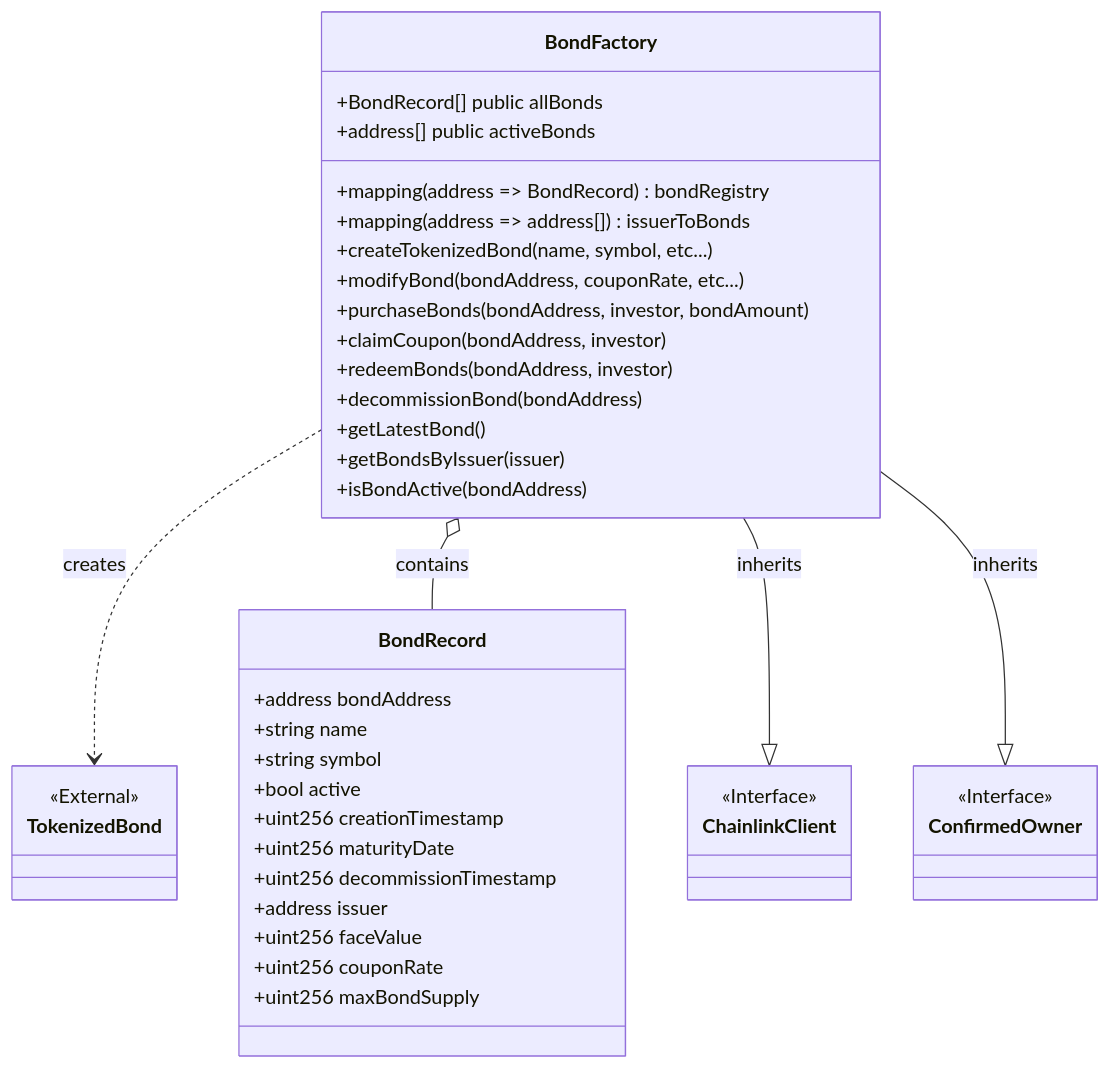
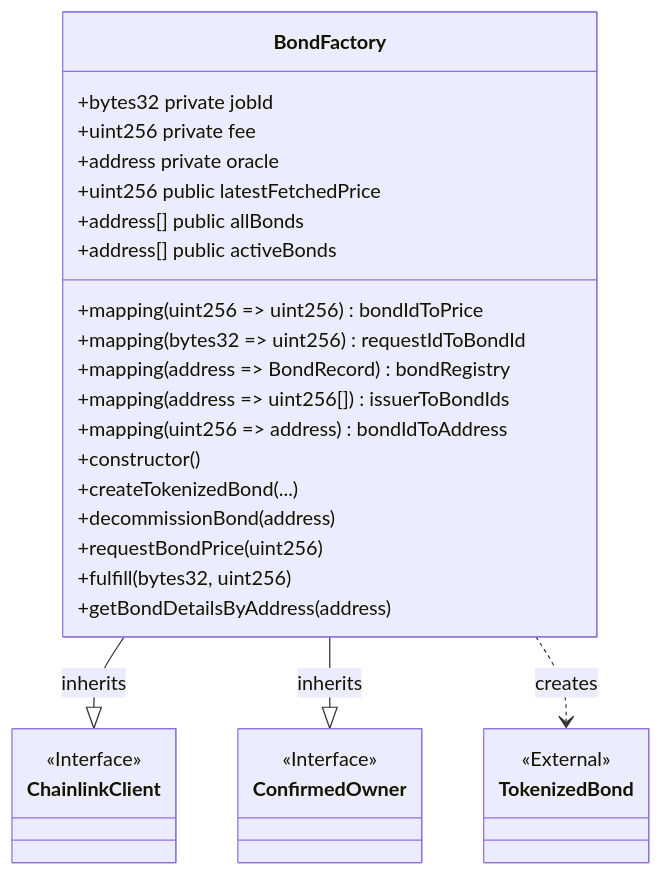
One commit to whanyu1212/fractional-bond-trading changed the third of 6 diagrams in README.md. Above: the diagram before and after it, drawn with Mermaid. The commit also changed other lines of this file, not shown here.

Commit message:
updating readme to reflect the latest contract changes and also added a user story diagram

````diff
--- a/README.md
+++ b/README.md
@@ -363,49 +412,38 @@
 ```mermaid
 classDiagram
     class BondFactory {
-        +BondRecord[] public allBonds
+        +bytes32 private jobId
+        +uint256 private fee
+        +address private oracle
+        +uint256 public latestFetchedPrice
+        +mapping(uint256 => uint256) bondIdToPrice
+        +mapping(bytes32 => uint256) requestIdToBondId
+        +address[] public allBonds
         +address[] public activeBonds
         +mapping(address => BondRecord) bondRegistry
-        +mapping(address => address[]) issuerToBonds
-        +createTokenizedBond(name, symbol, etc...)
-        +modifyBond(bondAddress, couponRate, etc...)
-        +purchaseBonds(bondAddress, investor, bondAmount)
-        +claimCoupon(bondAddress, investor)
-        +redeemBonds(bondAddress, investor)
-        +decommissionBond(bondAddress)
-        +getLatestBond()
-        +getBondsByIssuer(issuer)
-        +isBondActive(bondAddress)
-    }
-
-    class BondRecord {
-        +address bondAddress
-        +string name
-        +string symbol
-        +bool active
-        +uint256 creationTimestamp
-        +uint256 maturityDate
-        +uint256 decommissionTimestamp
-        +address issuer
-        +uint256 faceValue
-        +uint256 couponRate
-        +uint256 maxBondSupply
-    }
-
-    class TokenizedBond {
-        <<External>>
+        +mapping(address => uint256[]) issuerToBondIds
+        +mapping(uint256 => address) bondIdToAddress
+        +constructor()
+        +createTokenizedBond(...)
+        +decommissionBond(address)
+        +requestBondPrice(uint256)
+        +fulfill(bytes32, uint256)
+        +getBondDetailsByAddress(address)
     }
 
     class ChainlinkClient {
         <<Interface>>
     }
 
     class ConfirmedOwner {
         <<Interface>>
     }
 
-    BondFactory ..> TokenizedBond : creates
-    BondFactory o-- BondRecord : contains
+    class TokenizedBond {
+        <<External>>
+    }
+
     BondFactory --|> ChainlinkClient : inherits
     BondFactory --|> ConfirmedOwner : inherits
+    BondFactory ..> TokenizedBond : creates
 ```
````
